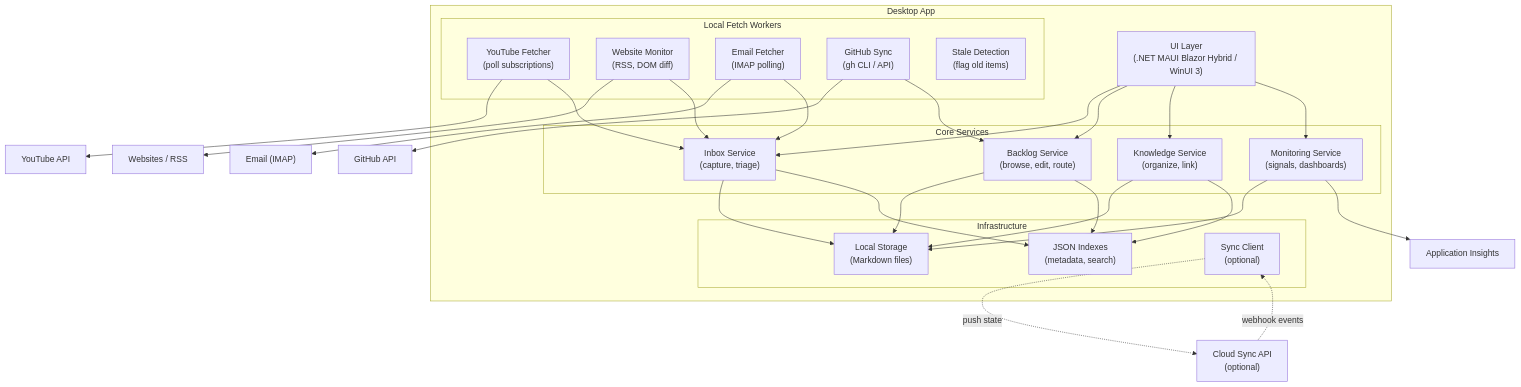
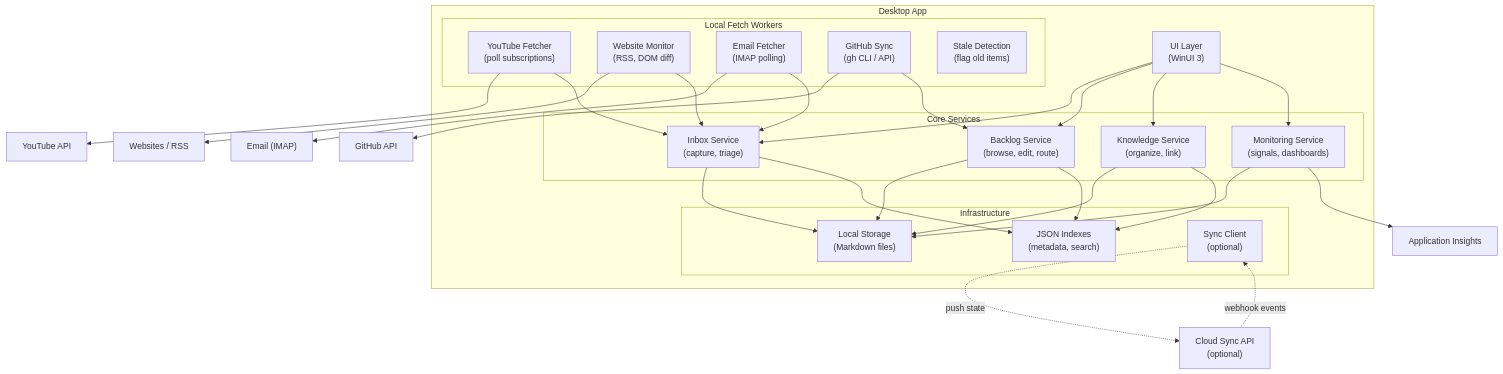
Before and after one commit to JSdotNet/Backlog: the third of 6 diagrams in .arc42/05-building-block-view.md, drawn with Mermaid. The commit also changed other lines of this file and 4 other files, not shown here.

First line of the commit message:
Constrain desktop architecture to Windows

````diff
--- a/.arc42/05-building-block-view.md
+++ b/.arc42/05-building-block-view.md
@@ -161,62 +161,62 @@
 ```mermaid
 graph TB
   subgraph "Desktop App"
-    UI["UI Layer\n(.NET MAUI Blazor Hybrid / WinUI 3)"]
+    UI["UI Layer\n(WinUI 3)"]
 
     subgraph "Core Services"
       Inbox["Inbox Service\n(capture, triage)"]
       Backlog["Backlog Service\n(browse, edit, route)"]
       Knowledge["Knowledge Service\n(organize, link)"]
       Monitoring["Monitoring Service\n(signals, dashboards)"]
     end
 
     subgraph "Local Fetch Workers"
       YTWorker["YouTube Fetcher\n(poll subscriptions)"]
       WebWorker["Website Monitor\n(RSS, DOM diff)"]
       EmailWorker["Email Fetcher\n(IMAP polling)"]
       GitHubWorker["GitHub Sync\n(gh CLI / API)"]
       StaleWorker["Stale Detection\n(flag old items)"]
     end
 
     subgraph "Infrastructure"
       LocalStore["Local Storage\n(Markdown files)"]
       JsonIndex["JSON Indexes\n(metadata, search)"]
       SyncClient["Sync Client\n(optional)"]
     end
   end
 
   SyncAPI["Cloud Sync API\n(optional)"]
   GitHub["GitHub API"]
   YouTube["YouTube API"]
   Websites["Websites / RSS"]
   Email["Email (IMAP)"]
   AppInsights["Application Insights"]
 
   UI --> Inbox
   UI --> Backlog
   UI --> Knowledge
   UI --> Monitoring
 
   Inbox --> LocalStore
   Backlog --> LocalStore
   Knowledge --> LocalStore
   Monitoring --> LocalStore
 
   Inbox --> JsonIndex
   Backlog --> JsonIndex
   Knowledge --> JsonIndex
 
   YTWorker --> YouTube
   WebWorker --> Websites
   EmailWorker --> Email
   GitHubWorker --> GitHub
 
   YTWorker --> Inbox
   WebWorker --> Inbox
   EmailWorker --> Inbox
   GitHubWorker --> Backlog
 
   SyncClient -.->|push state| SyncAPI
   SyncAPI -.->|webhook events| SyncClient
   Monitoring --> AppInsights
 ```
````
